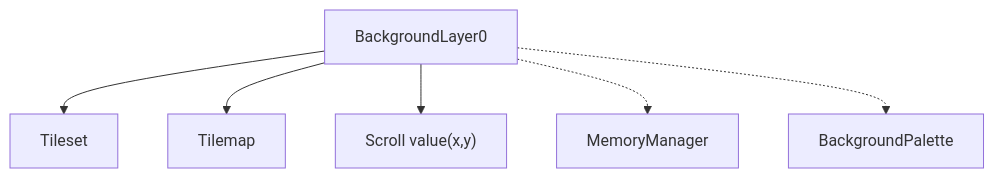
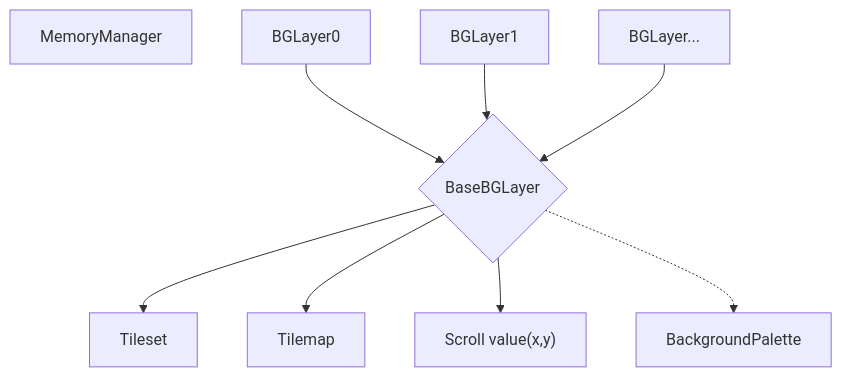
Before and after one commit to wgroeneveld/brainbaking: the second of 2 diagrams in content/teaching/cpp/labo-9.md, drawn with Mermaid. The commit also changed other lines of this file and 89 other files, not shown here.

```diff
--- a/content/teaching/cpp/labo-9.md
+++ b/content/teaching/cpp/labo-9.md
@@ -115,14 +115,19 @@
 {{<mermaid>}}
 graph TD;
   A[MemoryManager]
-  B[BackgroundLayer0]
+  Base{BaseBGLayer}
+  B0[BGLayer0]
+  B1[BGLayer1]
+  B2[BGLayer...]
+  B0 --> Base
+  B1 --> Base
+  B2 --> Base
   C[BackgroundPalette]
   D[Tileset]
   E[Tilemap]
   F["Scroll value(x,y)"]
-  B --> D
-  B --> E
-  B --> F
-  B -.-> A
-  B -.-> C
+  Base --> D
+  Base --> E
+  Base --> F
+  Base -.-> C
 {{< /mermaid >}}
```
